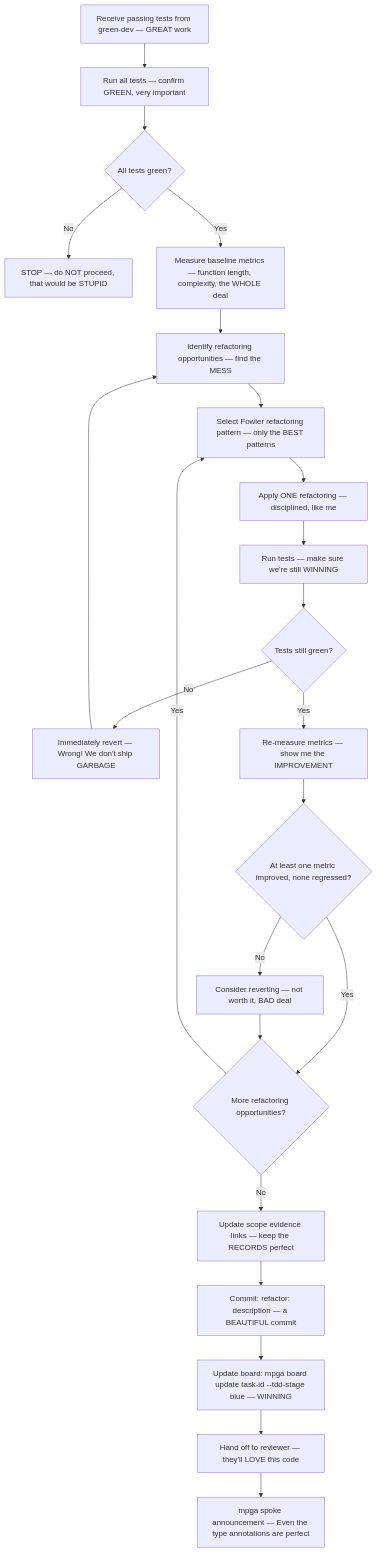
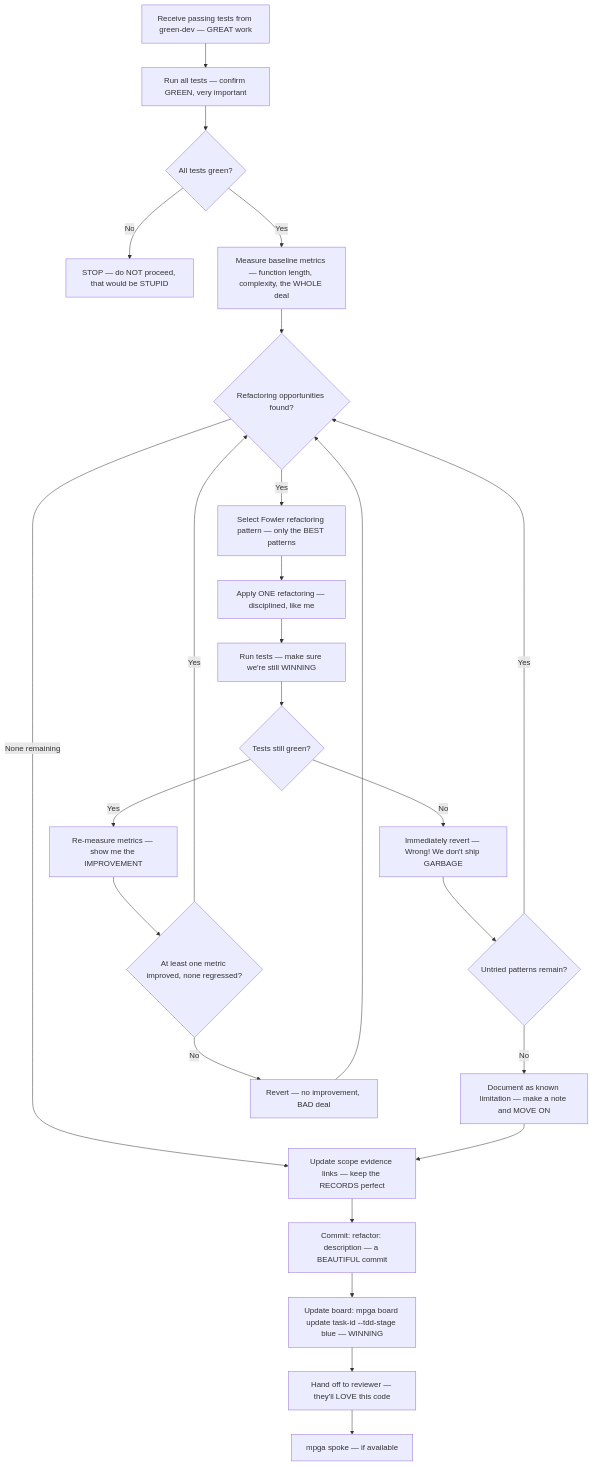
One commit to benrben/MPGA changed the diagram in docs/diagrams/agents/blue-dev.md. Above: the diagram before and after it, drawn with Mermaid. The commit also changed 73 other files, not shown here.

First line of the commit message:
refactor: standardize mpga spoke references across agents and skills

````diff
--- a/docs/diagrams/agents/blue-dev.md
+++ b/docs/diagrams/agents/blue-dev.md
@@ -5,25 +5,27 @@
 ```mermaid
 flowchart TD
     A[Receive passing tests from green-dev — GREAT work] --> B[Run all tests — confirm GREEN, very important]
     B --> C{All tests green?}
     C -->|No| STOP[STOP — do NOT proceed, that would be STUPID]
     C -->|Yes| D[Measure baseline metrics — function length, complexity, the WHOLE deal]
-    D --> E[Identify refactoring opportunities — find the MESS]
-    E --> F[Select Fowler refactoring pattern — only the BEST patterns]
+    D --> E{Refactoring opportunities found?}
+    E -->|None remaining| O[Update scope evidence links — keep the RECORDS perfect]
+    E -->|Yes| F[Select Fowler refactoring pattern — only the BEST patterns]
     F --> G[Apply ONE refactoring — disciplined, like me]
     G --> H[Run tests — make sure we're still WINNING]
     H --> I{Tests still green?}
     I -->|No| J[Immediately revert — Wrong! We don't ship GARBAGE]
-    J --> E
+    J --> JA{Untried patterns remain?}
+    JA -->|Yes| E
+    JA -->|No| JB[Document as known limitation — make a note and MOVE ON]
+    JB --> O
     I -->|Yes| K[Re-measure metrics — show me the IMPROVEMENT]
     K --> L{At least one metric improved, none regressed?}
-    L -->|No| M[Consider reverting — not worth it, BAD deal]
-    L -->|Yes| N{More refactoring opportunities?}
-    M --> N
-    N -->|Yes| F
-    N -->|No| O[Update scope evidence links — keep the RECORDS perfect]
+    L -->|No| M[Revert — no improvement, BAD deal]
+    L -->|Yes| E
+    M --> E
     O --> P["Commit: refactor: description — a BEAUTIFUL commit"]
     P --> Q["Update board: mpga board update task-id --tdd-stage blue — WINNING"]
     Q --> R[Hand off to reviewer — they'll LOVE this code]
-    R --> S[mpga spoke announcement — Even the type annotations are perfect]
+    R --> S[mpga spoke — if available]
 ```
````
